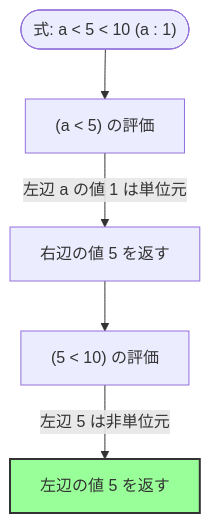
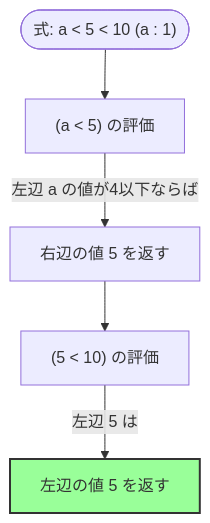
Before and after one commit to et-key/sign: the second of 2 diagrams in documents/ja-jp/specification/Value_Based_Comparison_Chaining_ja-jp.md, drawn with Mermaid. The commit also changed 2 other files, not shown here.

Commit message:
update : Documents

````diff
--- a/documents/ja-jp/specification/Value_Based_Comparison_Chaining_ja-jp.md
+++ b/documents/ja-jp/specification/Value_Based_Comparison_Chaining_ja-jp.md
@@ -81,9 +81,9 @@
 ```mermaid
 flowchart TD
     Start2(["式: a < 5 < 10 (a : 1)"]) --> Step2_1["(a < 5) の評価"]
-    Step2_1 -->|左辺 a の値 1 は単位元| Ret2_1["右辺の値 5 を返す"]
+    Step2_1 -->|左辺 a の値が4以下ならば| Ret2_1["右辺の値 5 を返す"]
     Ret2_1 --> Step2_2["(5 < 10) の評価"]
-    Step2_2 -->|左辺 5 は非単位元| End2["左辺の値 5 を返す"]
+    Step2_2 -->|左辺 5 は| End2["左辺の値 5 を返す"]
 
     style End2 fill:#9f9,stroke:#333,stroke-width:2px
 ```
````
